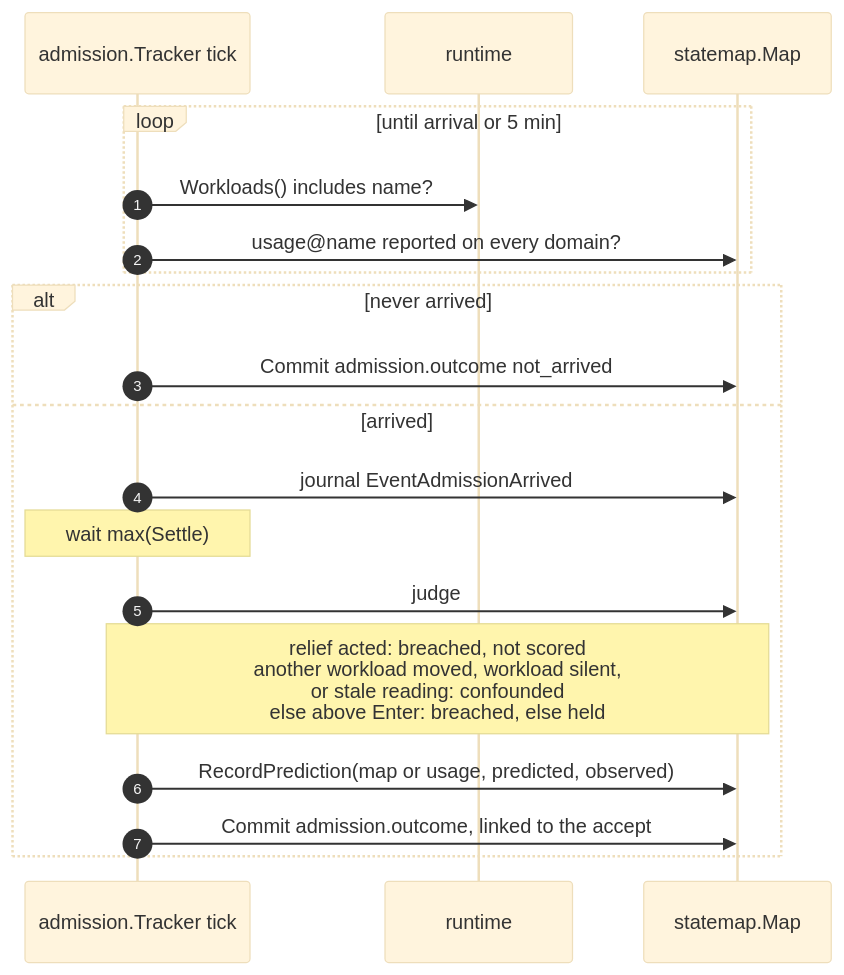
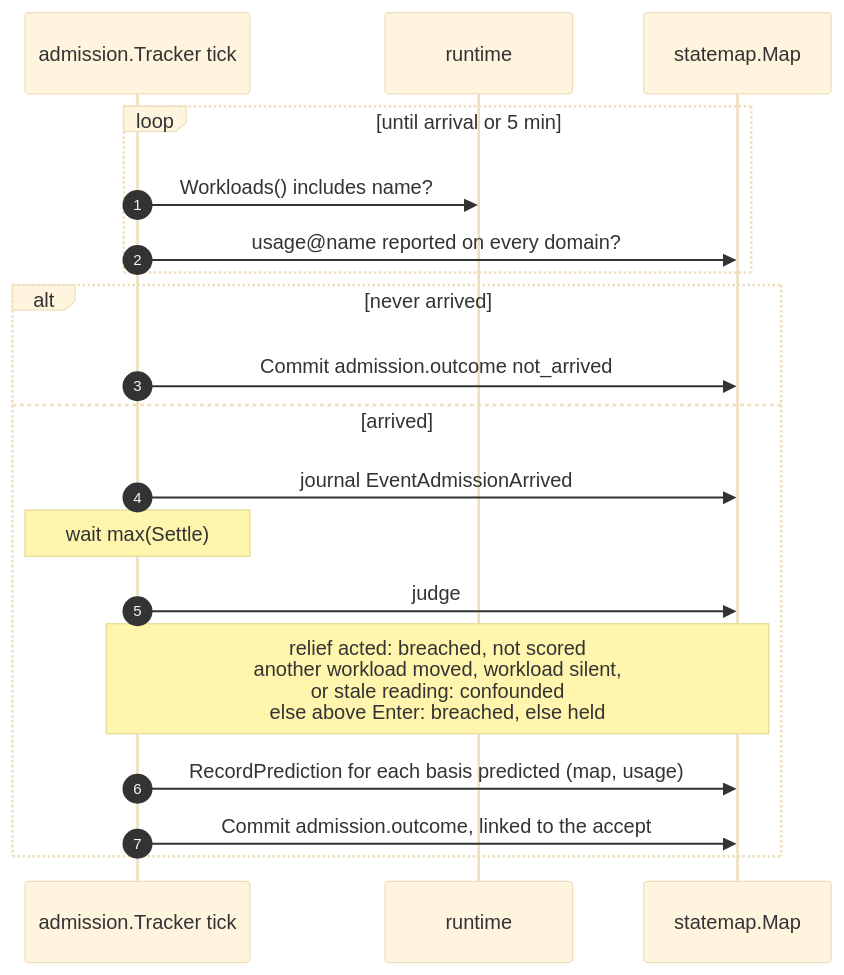
Before and after one commit to DiyazY/di-agent: diagram 12 of 21 in docs/architecture-diagrams.md, drawn with Mermaid (base theme). The commit also changed other lines of this file and 10 other files, not shown here.

First line of the commit message:
docs: correct diagrams and contract counts from PR review

````diff
--- a/docs/architecture-diagrams.md
+++ b/docs/architecture-diagrams.md
@@ -394,22 +412,22 @@
 ```mermaid
 sequenceDiagram
     autonumber
     participant Tr as admission.Tracker tick
     participant R as runtime
     participant M as statemap.Map
 
     loop until arrival or 5 min
         Tr->>R: Workloads() includes name?
         Tr->>M: usage@name reported on every domain?
     end
     alt never arrived
         Tr->>M: Commit admission.outcome not_arrived
     else arrived
         Tr->>M: journal EventAdmissionArrived
         Note over Tr: wait max(Settle)
         Tr->>M: judge
         Note over Tr,M: relief acted: breached, not scored<br/>another workload moved, workload silent,<br/>or stale reading: confounded<br/>else above Enter: breached, else held
-        Tr->>M: RecordPrediction(map or usage, predicted, observed)
+        Tr->>M: RecordPrediction for each basis predicted (map, usage)
         Tr->>M: Commit admission.outcome, linked to the accept
     end
 ```
````
